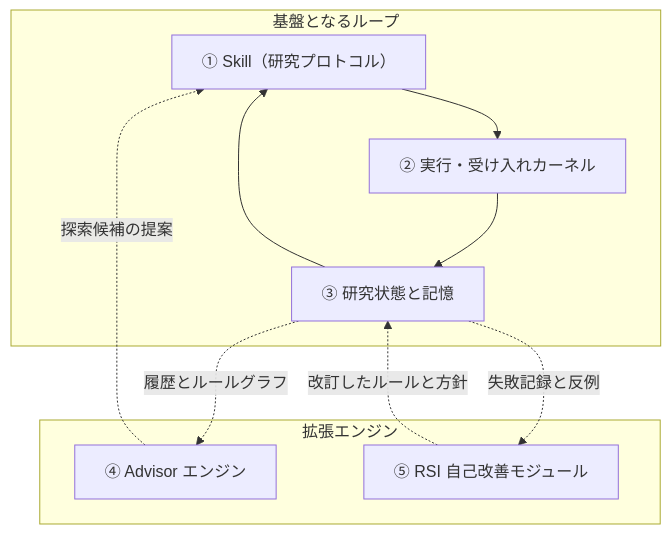
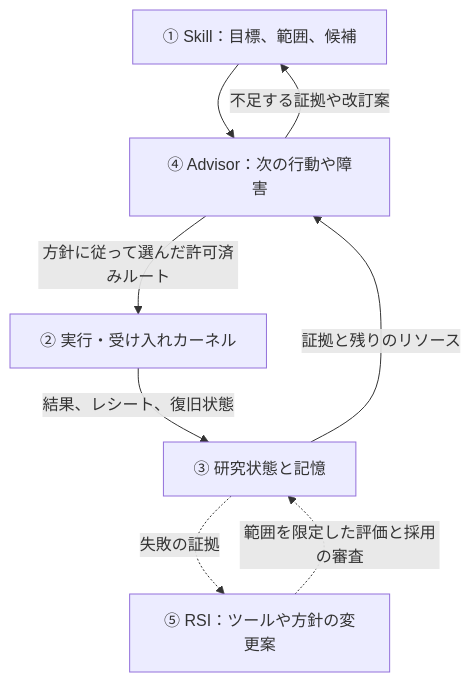
One commit to kongtou20070406/research-direction-selector changed the diagram in README.ja-JP.md. Above: the diagram before and after it, drawn with Mermaid. The commit also changed other lines of this file and 5 other files, not shown here.

````diff
--- a/README.ja-JP.md
+++ b/README.ja-JP.md
@@ -108,14 +126,10 @@
 ```mermaid
 flowchart TD
-    subgraph Foundational_loop[基盤となるループ]
-        S["① Skill（研究プロトコル）"] --> K["② 実行・受け入れカーネル"]
-        K --> M["③ 研究状態と記憶"]
-        M --> S
-    end
-    subgraph Enhancement_engines[拡張エンジン]
-        M -. 履歴とルールグラフ .-> A["④ Advisor エンジン"]
-        A -. 探索候補の提案 .-> S
-        M -. 失敗記録と反例 .-> R["⑤ RSI 自己改善モジュール"]
-        R -. 改訂したルールと方針 .-> M
-    end
+    S["① Skill：目標、範囲、候補"] --> A["④ Advisor：次の行動や障害"]
+    M["③ 研究状態と記憶"] -->|証拠と残りのリソース| A
+    A -->|方針に従って選んだ許可済みルート| K["② 実行・受け入れカーネル"]
+    K -->|結果、レシート、復旧状態| M
+    A -->|不足する証拠や改訂案| S
+    M -. 失敗の証拠 .-> R["⑤ RSI：ツールや方針の変更案"]
+    R -. 範囲を限定した評価と採用の審査 .-> M
 ```
````
